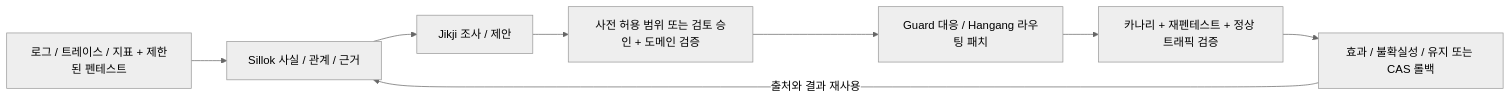
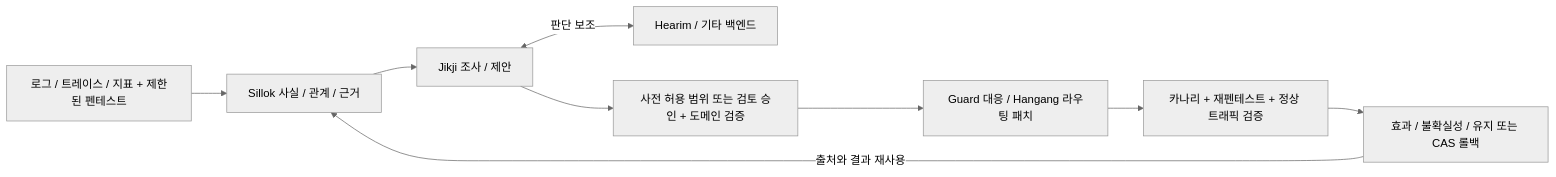
One commit to ziozzang/hangang-zerotrust changed the second of 2 diagrams in README.ko.md. Above: the diagram before and after it, drawn with Mermaid (neutral theme). The commit also changed other lines of this file and 9 other files, not shown here.

Commit message:
Add Hearim as a bounded judgment backend in zero trust diagrams

````diff
--- a/README.ko.md
+++ b/README.ko.md
@@ -69,10 +70,11 @@
 ```mermaid
 flowchart LR
   O[로그 / 트레이스 / 지표 + 제한된 펜테스트] --> S[Sillok 사실 / 관계 / 근거]
   S --> J[Jikji 조사 / 제안]
+  J <-->|판단 보조| HE[Hearim / 기타 백엔드]
   J --> V[사전 허용 범위 또는 검토 승인 + 도메인 검증]
   V --> A[Guard 대응 / Hangang 라우팅 패치]
   A --> T[카나리 + 재펜테스트 + 정상 트래픽 검증]
   T --> R[효과 / 불확실성 / 유지 또는 CAS 롤백]
   R -->|출처와 결과 재사용| S
 ```
````
